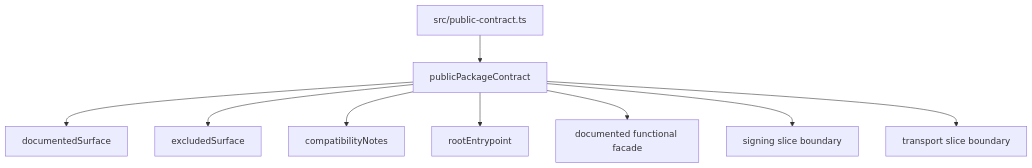
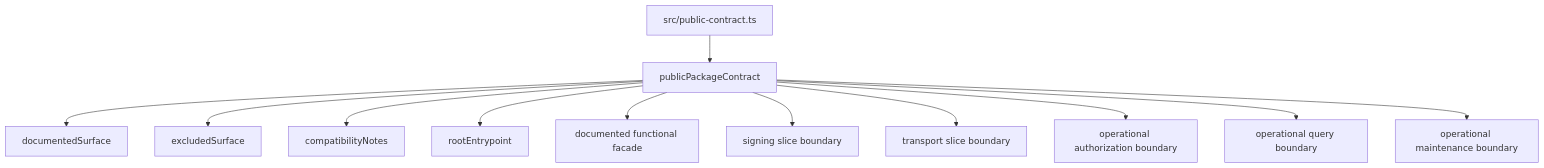
One commit to linkiez/nfe_sdk changed the diagram in src/public-contract.doc.md. Above: the diagram before and after it, drawn with Mermaid. The commit also changed other lines of this file and 97 other files, not shown here.

````diff
--- a/src/public-contract.doc.md
+++ b/src/public-contract.doc.md
@@ -22,11 +23,14 @@
 ```mermaid
 flowchart TD
   A[src/public-contract.ts] --> B[publicPackageContract]
   B --> C[documentedSurface]
   B --> D[excludedSurface]
   B --> E[compatibilityNotes]
   B --> F[rootEntrypoint]
   B --> G[documented functional facade]
   B --> H[signing slice boundary]
   B --> I[transport slice boundary]
+  B --> J[operational authorization boundary]
+  B --> K[operational query boundary]
+  B --> L[operational maintenance boundary]
 ```
````
